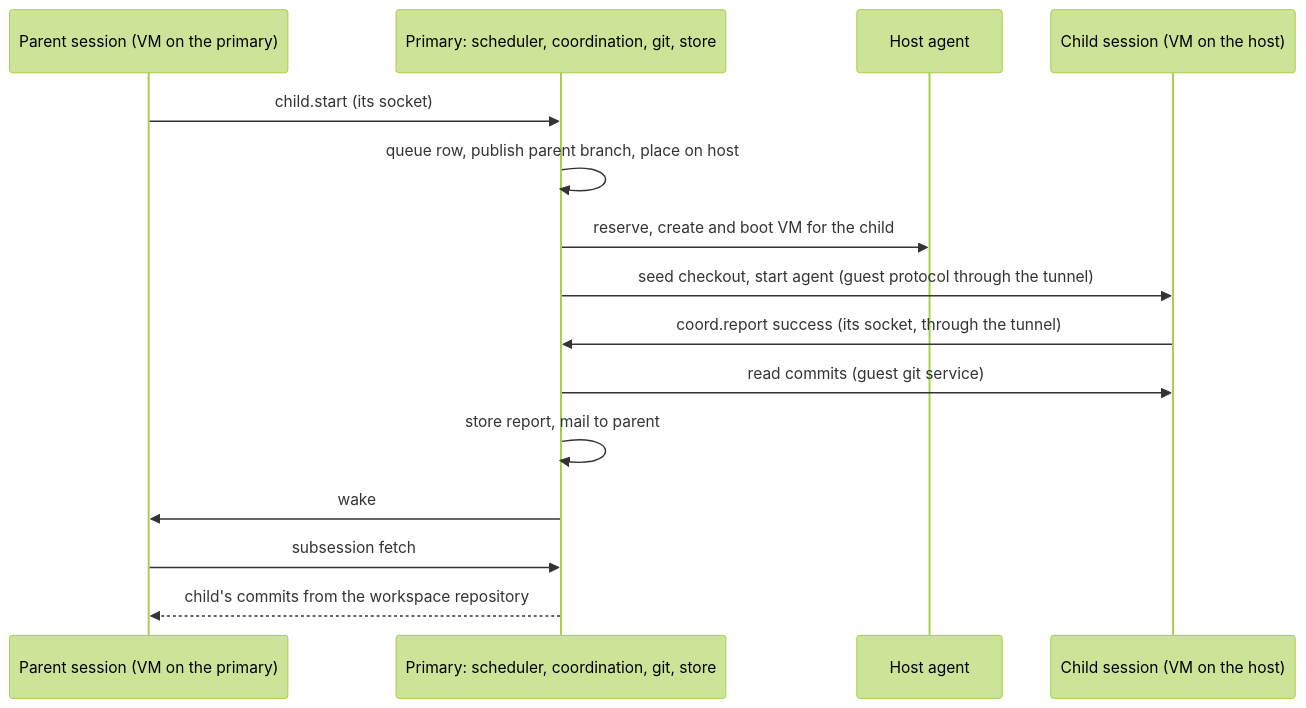
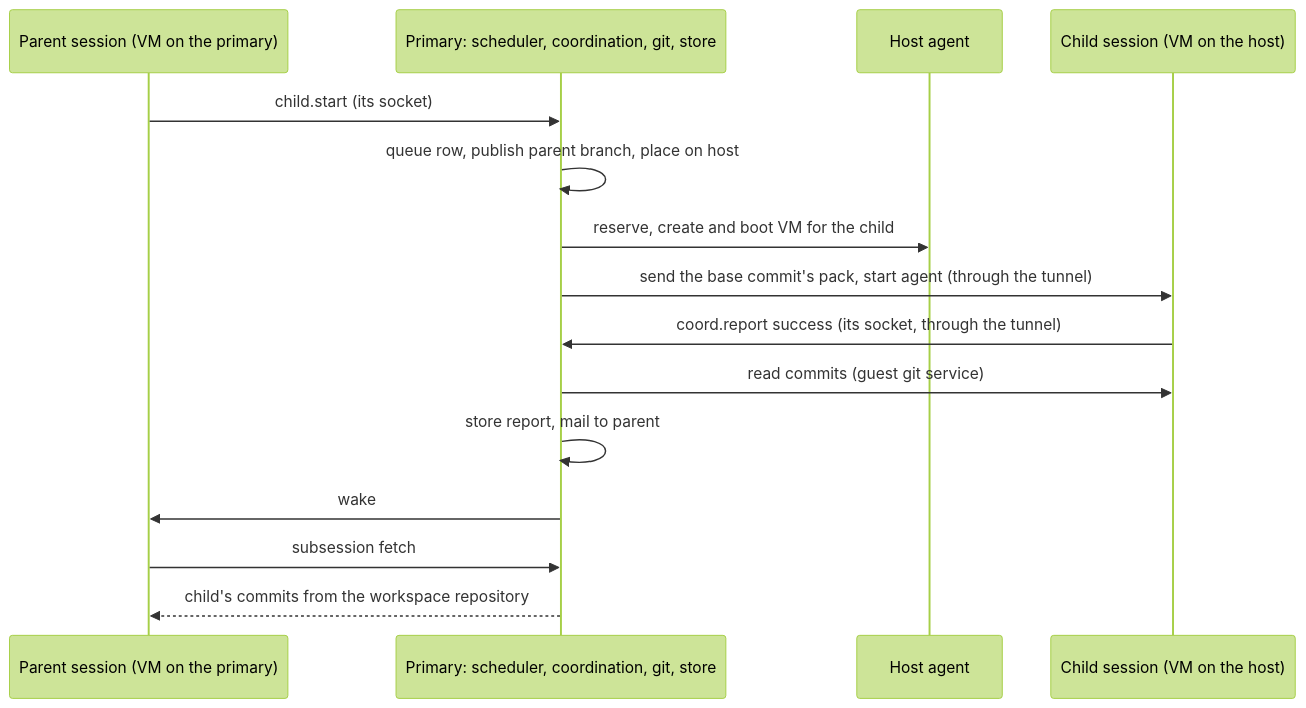
Before and after one commit to 3xDevOps/cloudfield: the second of 2 diagrams in docs/plans/2026-11-27-multi-machine.md, drawn with Mermaid (forest theme). The commit also changed other lines of this file and 1 other file, not shown here.

````diff
--- a/docs/plans/2026-11-27-multi-machine.md
+++ b/docs/plans/2026-11-27-multi-machine.md
@@ -419,17 +531,17 @@
 ```mermaid
 sequenceDiagram
     participant A as Parent session (VM on the primary)
     participant P as Primary: scheduler, coordination, git, store
     participant H as Host agent
     participant B as Child session (VM on the host)
     A->>P: child.start (its socket)
     P->>P: queue row, publish parent branch, place on host
     P->>H: reserve, create and boot VM for the child
-    P->>B: seed checkout, start agent (guest protocol through the tunnel)
+    P->>B: send the base commit's pack, start agent (through the tunnel)
     B->>P: coord.report success (its socket, through the tunnel)
     P->>B: read commits (guest git service)
     P->>P: store report, mail to parent
     P->>A: wake
     A->>P: subsession fetch
     P-->>A: child's commits from the workspace repository
 ```
````
